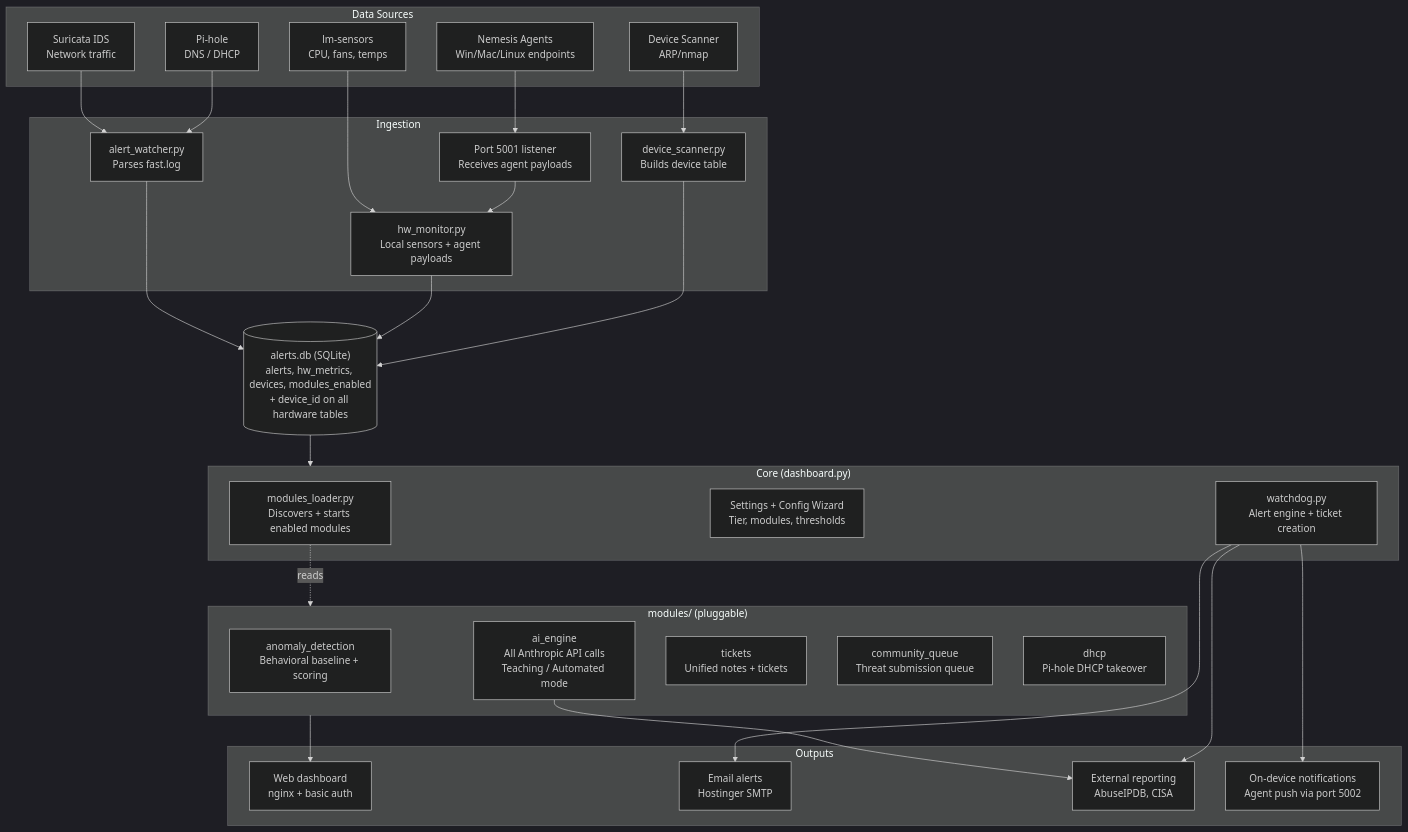
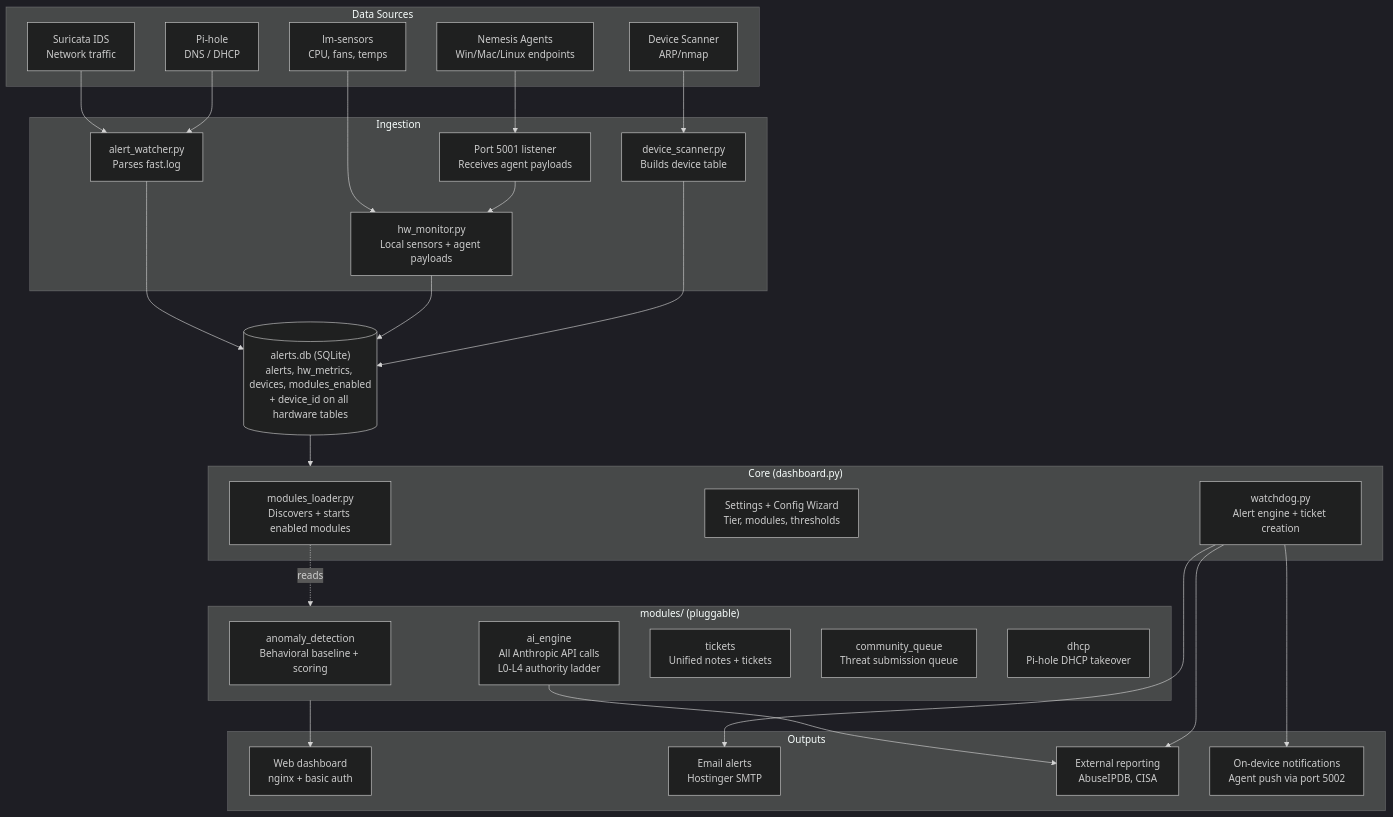
The first of 3 diagrams in ARCHITECTURE.md (nemesis981/dashboard), drawn with Mermaid (dark theme) before and after one commit. The commit also changed other lines of this file and 1 other file, not shown here.

````diff
--- a/ARCHITECTURE.md
+++ b/ARCHITECTURE.md
@@ -7,59 +7,59 @@
 ```mermaid
 flowchart TD
     subgraph sources["Data Sources"]
         suricata["Suricata IDS\nNetwork traffic"]
         pihole["Pi-hole\nDNS / DHCP"]
         sensors["lm-sensors\nCPU, fans, temps"]
         devices["Device Scanner\nARP/nmap"]
         agents["Nemesis Agents\nWin/Mac/Linux endpoints"]
     end
 
     subgraph ingest["Ingestion"]
         watcher["alert_watcher.py\nParses fast.log"]
         hwmon["hw_monitor.py\nLocal sensors + agent payloads"]
         scanner["device_scanner.py\nBuilds device table"]
         agent_listener["Port 5001 listener\nReceives agent payloads"]
     end
 
     db[("alerts.db (SQLite)\nalerts, hw_metrics, devices, modules_enabled\n+ device_id on all hardware tables")]
 
     subgraph core["Core (dashboard.py)"]
         loader["modules_loader.py\nDiscovers + starts enabled modules"]
         settings["Settings + Config Wizard\nTier, modules, thresholds"]
         watchdog["watchdog.py\nAlert engine + ticket creation"]
     end
 
     subgraph modules["modules/ (pluggable)"]
         anomaly["anomaly_detection\nBehavioral baseline + scoring"]
-        ai["ai_engine\nAll Anthropic API calls\nTeaching / Automated mode"]
+        ai["ai_engine\nAll Anthropic API calls\nL0-L4 authority ladder"]
         tickets["tickets\nUnified notes + tickets"]
         community["community_queue\nThreat submission queue"]
         dhcp["dhcp\nPi-hole DHCP takeover"]
     end
 
     subgraph outputs["Outputs"]
         webui["Web dashboard\nnginx + basic auth"]
         email["Email alerts\nHostinger SMTP"]
         external["External reporting\nAbuseIPDB, CISA"]
         notify["On-device notifications\nAgent push via port 5002"]
     end
 
     suricata --> watcher
     pihole --> watcher
     sensors --> hwmon
     devices --> scanner
     agents --> agent_listener --> hwmon
 
     watcher --> db
     hwmon --> db
     scanner --> db
 
     db --> core
     loader -.reads.-> modules
     watchdog --> email
     watchdog --> notify
 
     modules --> webui
     ai --> external
     watchdog --> external
 ```
````
